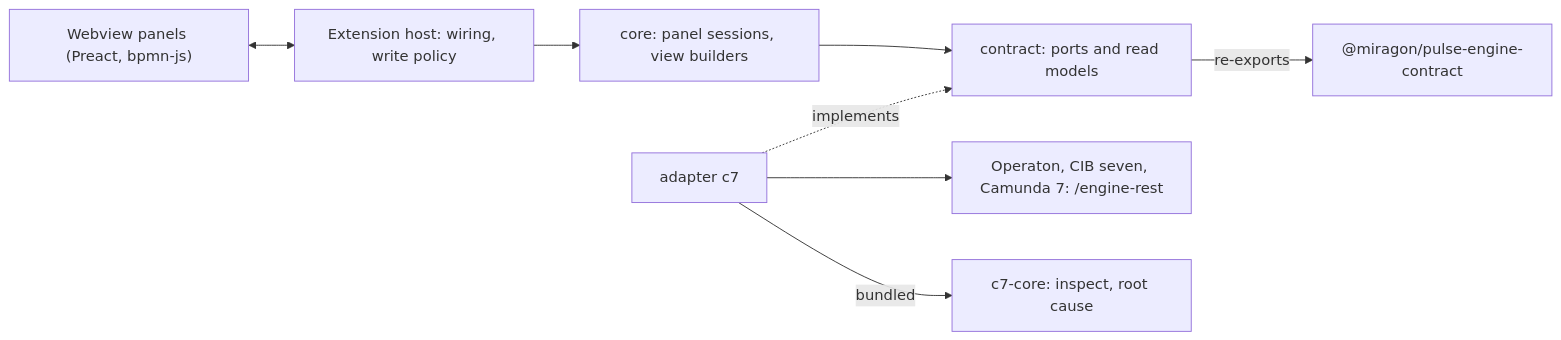
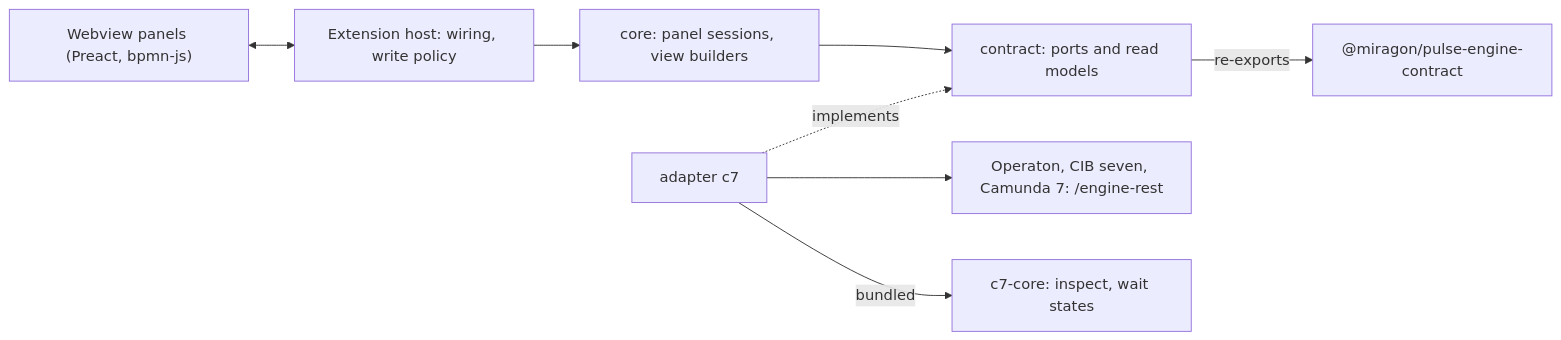
Before and after one commit to Miragon/pulse: the diagram in docs/vscode/architecture.md, drawn with Mermaid. The commit also changed other lines of this file and 33 other files, not shown here.

````diff
--- a/docs/vscode/architecture.md
+++ b/docs/vscode/architecture.md
@@ -11,10 +12,10 @@
 ```mermaid
 flowchart LR
   webview["Webview panels (Preact, bpmn-js)"] <--> host["Extension host: wiring, write policy"]
   host --> core["core: panel sessions, view builders"]
   core --> contract["contract: ports and read models"]
   contract -- re-exports --> engineContract["@miragon/pulse-engine-contract"]
   c7["adapter c7"] -. implements .-> contract
   c7 --> engines["Operaton, CIB seven, Camunda 7: /engine-rest"]
-  c7 -- bundled --> c7core["c7-core: inspect, root cause"]
+  c7 -- bundled --> c7core["c7-core: inspect, wait states"]
 ```
````
